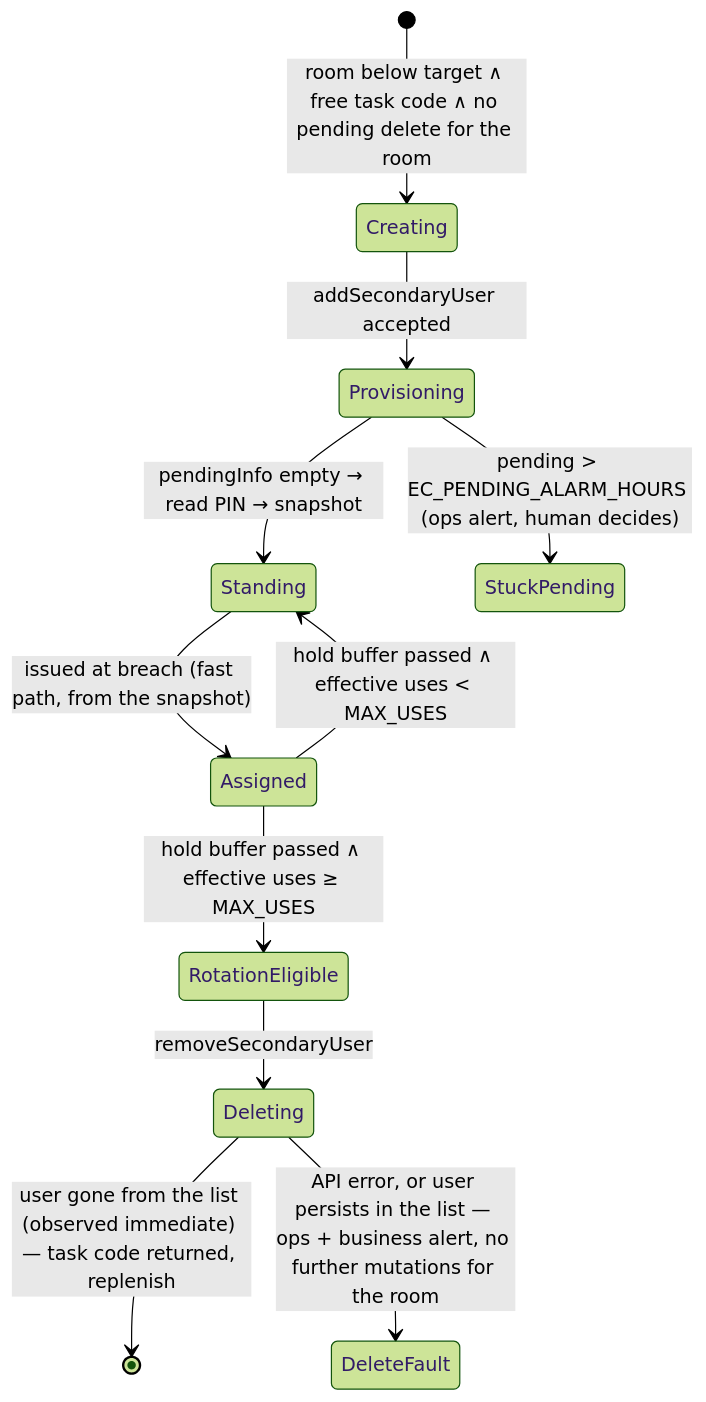
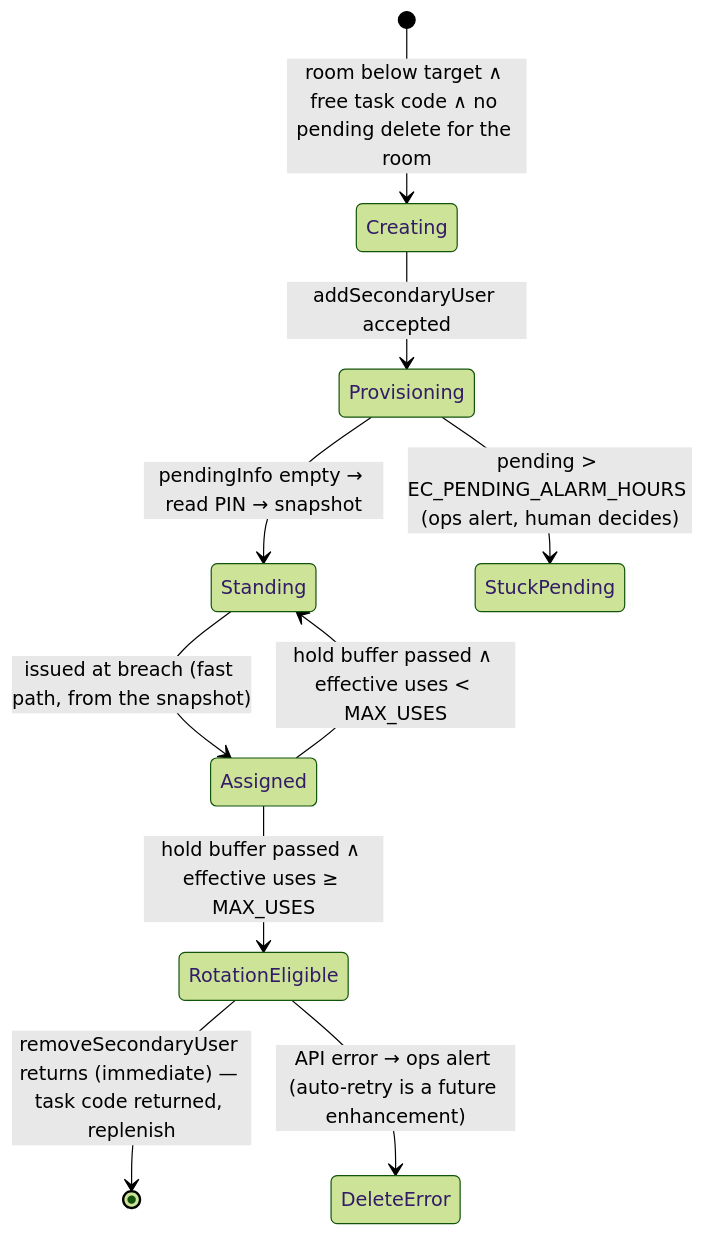
The second of 2 diagrams in nodejs/apps/lock-link/docs/architecture.md (twin-digital/opus), drawn with Mermaid (forest theme) before and after one commit. The commit also changed other lines of this file and 1 other file, not shown here.

````diff
--- a/nodejs/apps/lock-link/docs/architecture.md
+++ b/nodejs/apps/lock-link/docs/architecture.md
@@ -470,13 +474,12 @@
 ```mermaid
 stateDiagram-v2
     [*] --> Creating: room below target ∧ free task code ∧ no pending delete for the room
     Creating --> Provisioning: addSecondaryUser accepted
     Provisioning --> Standing: pendingInfo empty → read PIN → snapshot
     Provisioning --> StuckPending: pending > EC_PENDING_ALARM_HOURS (ops alert, human decides)
     Standing --> Assigned: issued at breach (fast path, from the snapshot)
     Assigned --> Standing: hold buffer passed ∧ effective uses < MAX_USES
     Assigned --> RotationEligible: hold buffer passed ∧ effective uses ≥ MAX_USES
-    RotationEligible --> Deleting: removeSecondaryUser
-    Deleting --> [*]: user gone from the list (observed immediate) — task code returned, replenish
-    Deleting --> DeleteFault: API error, or user persists in the list — ops + business alert, no further mutations for the room
+    RotationEligible --> [*]: removeSecondaryUser returns (immediate) — task code returned, replenish
+    RotationEligible --> DeleteError: API error → ops alert (auto-retry is a future enhancement)
 ```
````
